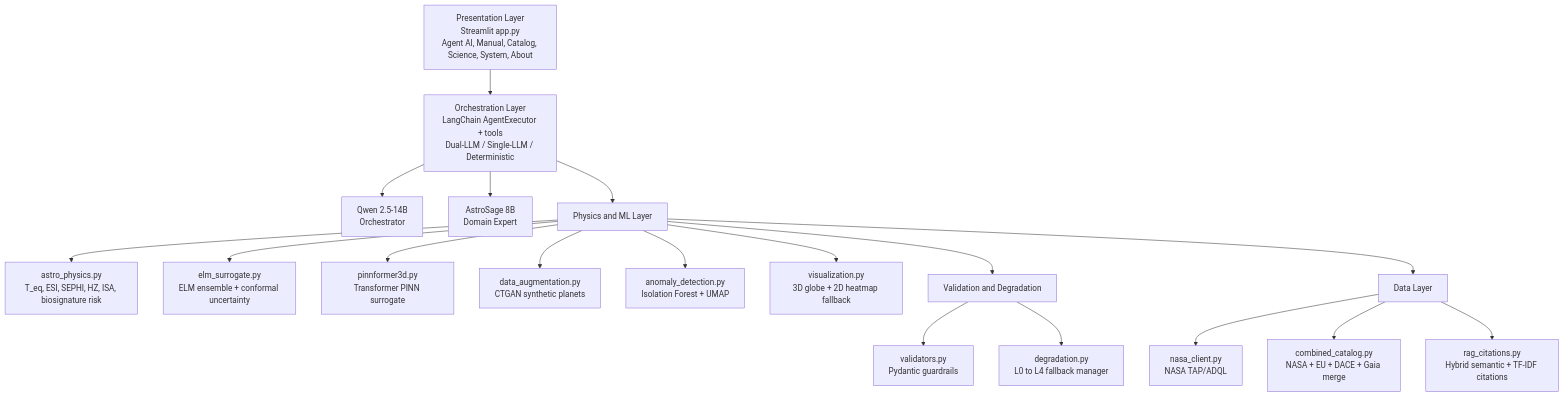
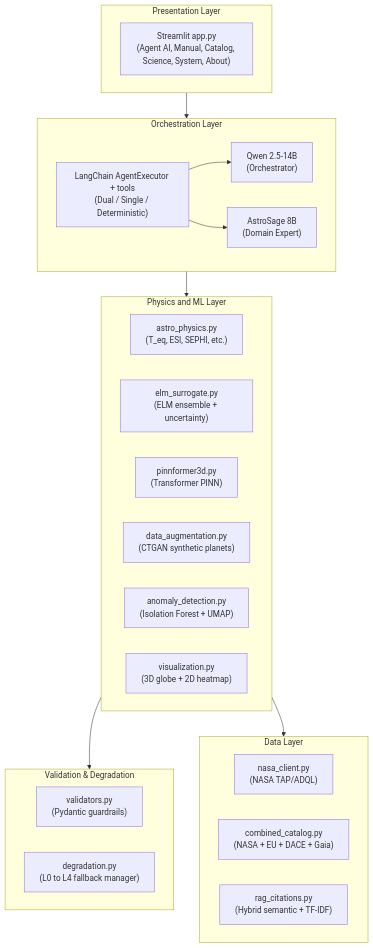
Before and after one commit to HardCounter/Hack-4-Sages: the first of 4 diagrams in README.md, drawn with Mermaid. The commit also changed other lines of this file, not shown here.

Commit message:
readme fix

````diff
--- a/README.md
+++ b/README.md
@@ -47,46 +50,42 @@
 ```mermaid
-graph TB
-  UI[Presentation Layer\nStreamlit app.py\nAgent AI, Manual, Catalog, Science, System, About]
+graph TD
+  subgraph Presentation ["Presentation Layer"]
+    UI["Streamlit app.py\n(Agent AI, Manual, Catalog, Science, System, About)"]
+  end
 
-  ORCH[Orchestration Layer\nLangChain AgentExecutor + tools\nDual-LLM / Single-LLM / Deterministic]
-  LLM1[Qwen 2.5-14B\nOrchestrator]
-  LLM2[AstroSage 8B\nDomain Expert]
+  subgraph Orchestration ["Orchestration Layer"]
+    ORCH["LangChain AgentExecutor + tools\n(Dual / Single / Deterministic)"]
+    LLM1["Qwen 2.5-14B\n(Orchestrator)"]
+    LLM2["AstroSage 8B\n(Domain Expert)"]
+    
+    %% Keep internal links strictly inside the subgraph
+    ORCH --> LLM1
+    ORCH --> LLM2
+  end
 
-  PHYS[Physics and ML Layer]
-  AP[astro_physics.py\nT_eq, ESI, SEPHI, HZ, ISA, biosignature risk]
-  ELM[elm_surrogate.py\nELM ensemble + conformal uncertainty]
-  PINN[pinnformer3d.py\nTransformer PINN surrogate]
-  CTGAN[data_augmentation.py\nCTGAN synthetic planets]
-  ANOM[anomaly_detection.py\nIsolation Forest + UMAP]
-  VIS[visualization.py\n3D globe + 2D heatmap fallback]
+  subgraph PhysicsML ["Physics and ML Layer"]
+    AP["astro_physics.py\n(T_eq, ESI, SEPHI, etc.)"]
+    ELM["elm_surrogate.py\n(ELM ensemble + uncertainty)"]
+    PINN["pinnformer3d.py\n(Transformer PINN)"]
+    CTGAN["data_augmentation.py\n(CTGAN synthetic planets)"]
+    ANOM["anomaly_detection.py\n(Isolation Forest + UMAP)"]
+    VIS["visualization.py\n(3D globe + 2D heatmap)"]
+  end
 
-  VAL[Validation and Degradation]
-  V1[validators.py\nPydantic guardrails]
-  V2[degradation.py\nL0 to L4 fallback manager]
+  subgraph Validation ["Validation & Degradation"]
+    V1["validators.py\n(Pydantic guardrails)"]
+    V2["degradation.py\n(L0 to L4 fallback manager)"]
+  end
 
-  DATA[Data Layer]
-  NASA[nasa_client.py\nNASA TAP/ADQL]
-  COMB[combined_catalog.py\nNASA + EU + DACE + Gaia merge]
-  RAG[rag_citations.py\nHybrid semantic + TF-IDF citations]
+  subgraph DataLayer ["Data Layer"]
+    NASA["nasa_client.py\n(NASA TAP/ADQL)"]
+    COMB["combined_catalog.py\n(NASA + EU + DACE + Gaia)"]
+    RAG["rag_citations.py\n(Hybrid semantic + TF-IDF)"]
+  end
 
-  UI --> ORCH
-  ORCH --> LLM1
-  ORCH --> LLM2
-  ORCH --> PHYS
-
-  PHYS --> AP
-  PHYS --> ELM
-  PHYS --> PINN
-  PHYS --> CTGAN
-  PHYS --> ANOM
-  PHYS --> VIS
-
-  PHYS --> VAL
-  VAL --> V1
-  VAL --> V2
-
-  PHYS --> DATA
-  DATA --> NASA
-  DATA --> COMB
-  DATA --> RAG
+  %% Subgraph-to-subgraph linking prevents internal node stretching
+  Presentation --> Orchestration
+  Orchestration --> PhysicsML
+  PhysicsML --> Validation
+  PhysicsML --> DataLayer
 ```
````
